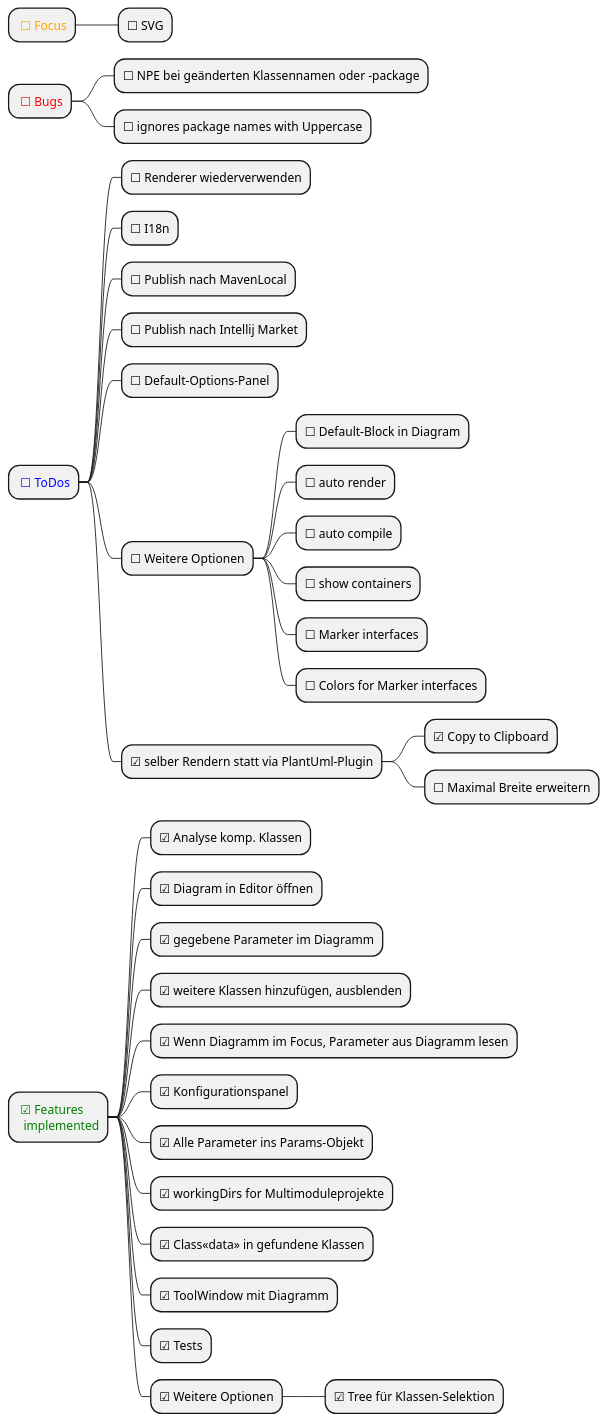
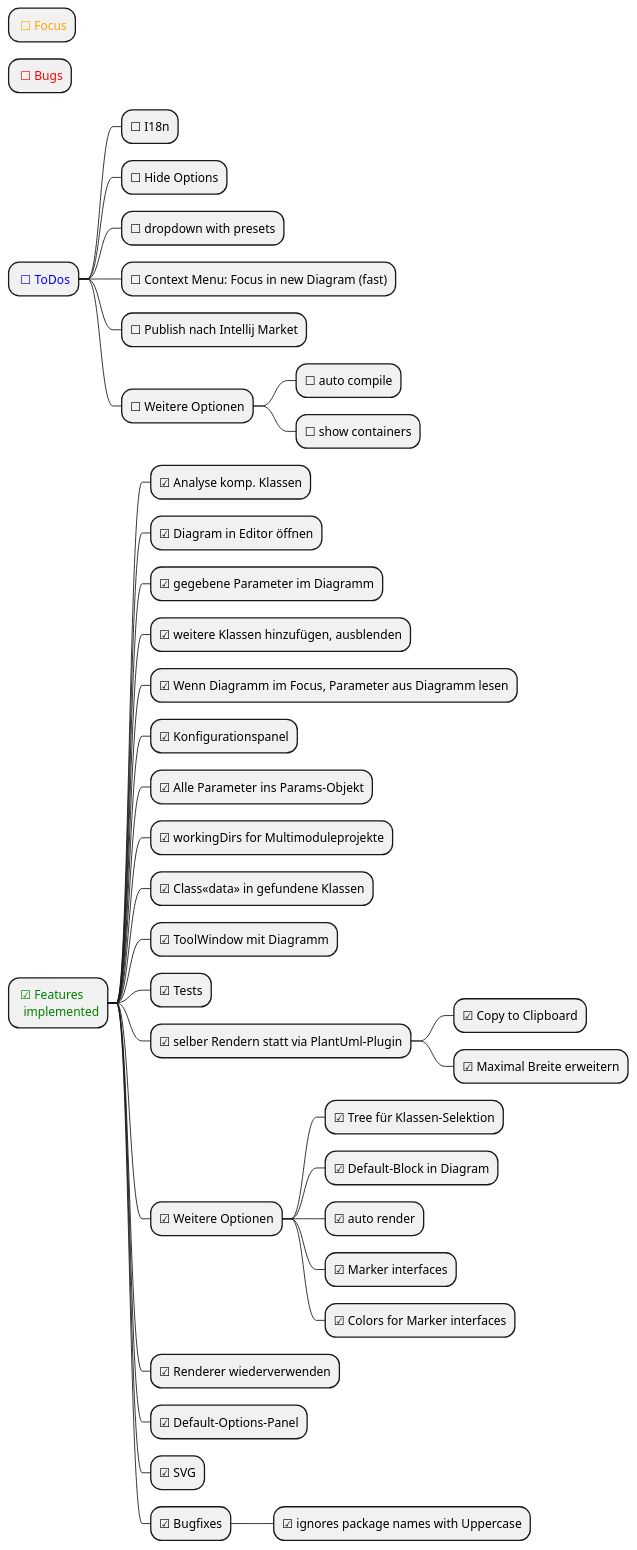
One commit to MrDolch/plantarch-intellij-plugin changed the diagram in docs/DevGuideRail.puml. Above: the diagram before and after it, drawn with PlantUML. The commit also changed 2 other files, not shown here.

```diff
--- a/docs/DevGuideRail.puml
+++ b/docs/DevGuideRail.puml
@@ -1,44 +1,46 @@
 @startmindmap
 skinparam monochrome false
 
 * <color:orange> ☐ Focus
-** ☐ SVG
 
 * <color:red> ☐ Bugs
-** ☐ NPE bei geänderten Klassennamen oder -package
-** ☐ ignores package names with Uppercase
 
 * <color:blue> ☐ ToDos
-** ☐ Renderer wiederverwenden
 ** ☐ I18n
-** ☐ Publish nach MavenLocal
+** ☐ Hide Options
+** ☐ dropdown with presets
+** ☐ Context Menu: Focus in new Diagram (fast)
 ** ☐ Publish nach Intellij Market
-** ☐ Default-Options-Panel
 ** ☐ Weitere Optionen
-*** ☐ Default-Block in Diagram
-*** ☐ auto render
 *** ☐ auto compile
 *** ☐ show containers
-*** ☐ Marker interfaces
-*** ☐ Colors for Marker interfaces
-** ☑ selber Rendern statt via PlantUml-Plugin
-*** ☑ Copy to Clipboard
-*** ☐ Maximal Breite erweitern
 
 
 * <color:green> ☑ Features\n <color:green> implemented
 ** ☑ Analyse komp. Klassen
 ** ☑ Diagram in Editor öffnen
 ** ☑ gegebene Parameter im Diagramm
 ** ☑ weitere Klassen hinzufügen, ausblenden
 ** ☑ Wenn Diagramm im Focus, Parameter aus Diagramm lesen
 ** ☑ Konfigurationspanel
 ** ☑ Alle Parameter ins Params-Objekt
 ** ☑ workingDirs for Multimoduleprojekte
 ** ☑ Class<<data>> in gefundene Klassen
 ** ☑ ToolWindow mit Diagramm
 ** ☑ Tests
+** ☑ selber Rendern statt via PlantUml-Plugin
+*** ☑ Copy to Clipboard
+*** ☑ Maximal Breite erweitern
 ** ☑ Weitere Optionen
 *** ☑ Tree für Klassen-Selektion
+*** ☑ Default-Block in Diagram
+*** ☑ auto render
+*** ☑ Marker interfaces
+*** ☑ Colors for Marker interfaces
+** ☑ Renderer wiederverwenden
+** ☑ Default-Options-Panel
+** ☑ SVG
+** ☑ Bugfixes
+*** ☑ ignores package names with Uppercase
 
 @endmindmap
```
